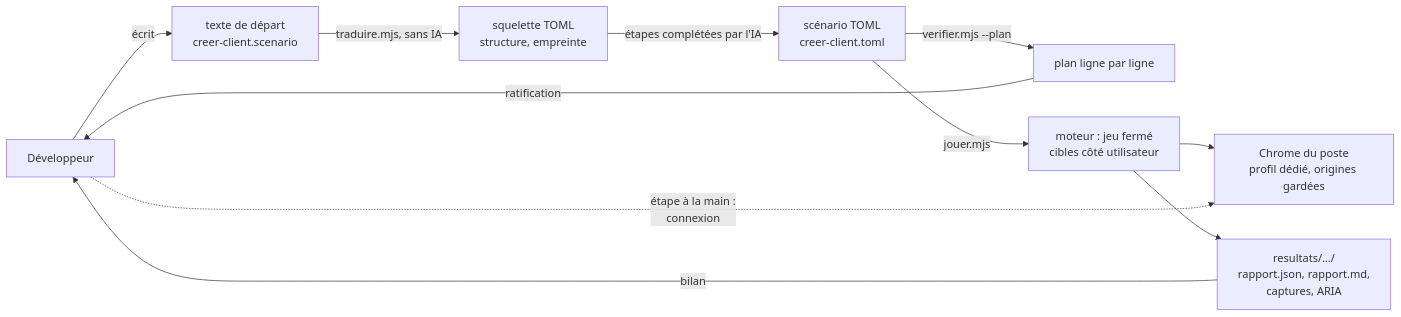
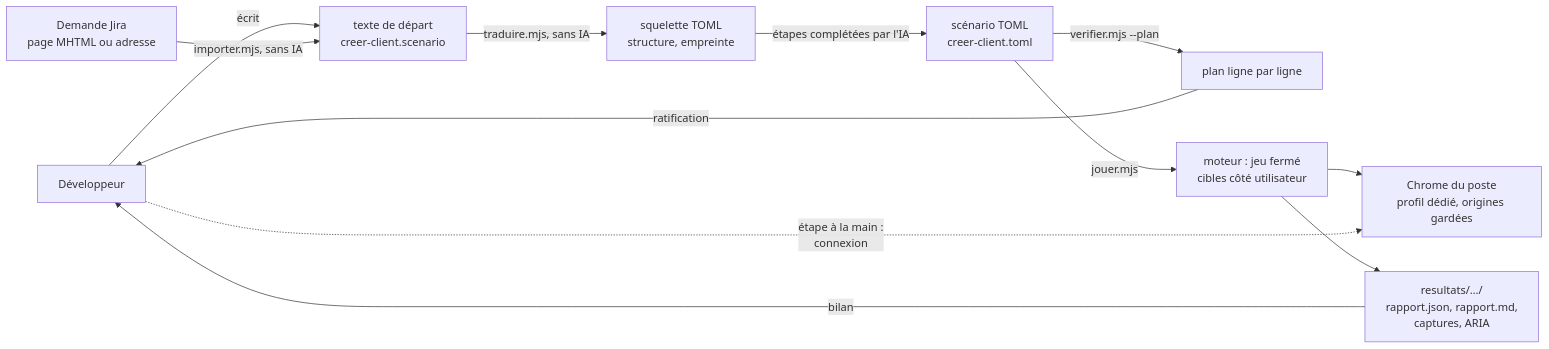
One commit to FredGarcia/Agent2Prompt changed the diagram in specs/scenario-playwright/SKILL.md. Above: the diagram before and after it, drawn with Mermaid. The commit also changed other lines of this file and 21 other files, not shown here.

First line of the commit message:
spec(scenario-playwright): version 1.1.0, scénarios importés d'une demande Jira

````diff
--- a/specs/scenario-playwright/SKILL.md
+++ b/specs/scenario-playwright/SKILL.md
@@ -29,13 +30,14 @@
 ```mermaid
 flowchart LR
   DEV["Développeur"] -->|"écrit"| TXT["texte de départ<br/>creer-client.scenario"]
+  JIRA["Demande Jira<br/>page MHTML ou adresse"] -->|"importer.mjs, sans IA"| TXT
   TXT -->|"traduire.mjs, sans IA"| SQ["squelette TOML<br/>structure, empreinte"]
   SQ -->|"étapes complétées par l'IA"| TOML["scénario TOML<br/>creer-client.toml"]
   TOML -->|"verifier.mjs --plan"| PLAN["plan ligne par ligne"]
   PLAN -->|"ratification"| DEV
   TOML -->|"jouer.mjs"| MOT["moteur : jeu fermé<br/>cibles côté utilisateur"]
   MOT --> NAV["Chrome du poste<br/>profil dédié, origines gardées"]
   DEV -.->|"étape à la main :<br/>connexion"| NAV
   MOT --> RAP["resultats/…/<br/>rapport.json, rapport.md,<br/>captures, ARIA"]
   RAP -->|"bilan"| DEV
 ```
````
